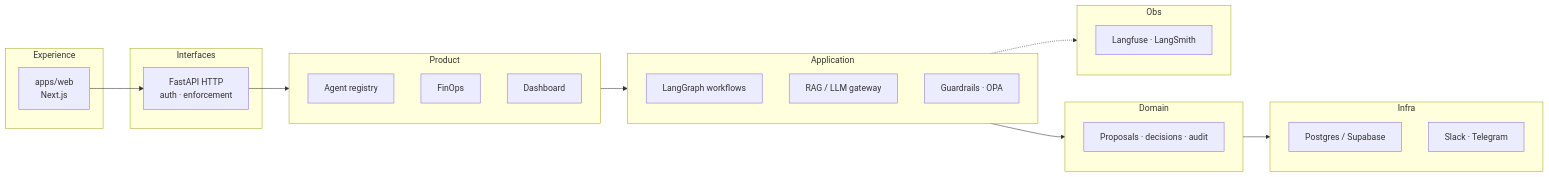
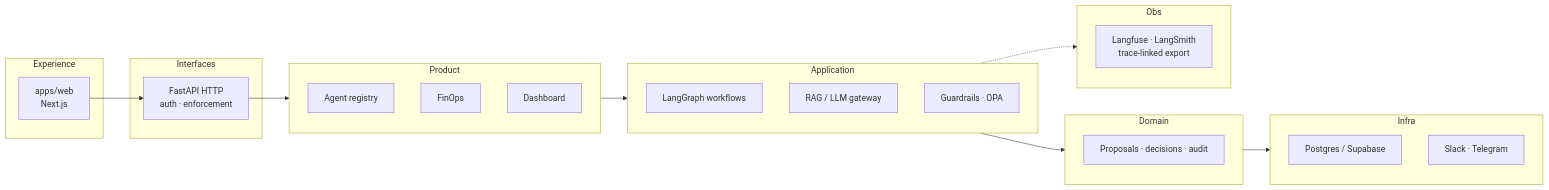
Before and after one commit to vpeetla-ai/aegisai-enterprise-agent-platform: the second of 4 diagrams in README.md, drawn with Mermaid. The commit also changed other lines of this file and 1 other file, not shown here.

First line of the commit message:
Add Langfuse SDK to API image and observability layer to architecture diagram.

````diff
--- a/README.md
+++ b/README.md
@@ -129,32 +138,32 @@
 ```mermaid
 flowchart LR
     subgraph Experience
         WEB["apps/web<br/>Next.js"]
     end
     subgraph Interfaces
         API["FastAPI HTTP<br/>auth · enforcement"]
     end
     subgraph Product
         REG["Agent registry"]
         FIN["FinOps"]
         DASH["Dashboard"]
     end
     subgraph Application
         LG["LangGraph workflows"]
         RAG["RAG / LLM gateway"]
         GR["Guardrails · OPA"]
     end
     subgraph Domain
         DOM["Proposals · decisions · audit"]
     end
     subgraph Infra
         DB["Postgres / Supabase"]
         NTF["Slack · Telegram"]
     end
     subgraph Obs
-        LF["Langfuse · LangSmith"]
+        LF["Langfuse · LangSmith<br/>trace-linked export"]
     end
 
     WEB --> API --> Product --> Application --> Domain --> Infra
     Application -.-> Obs
 ```
````
